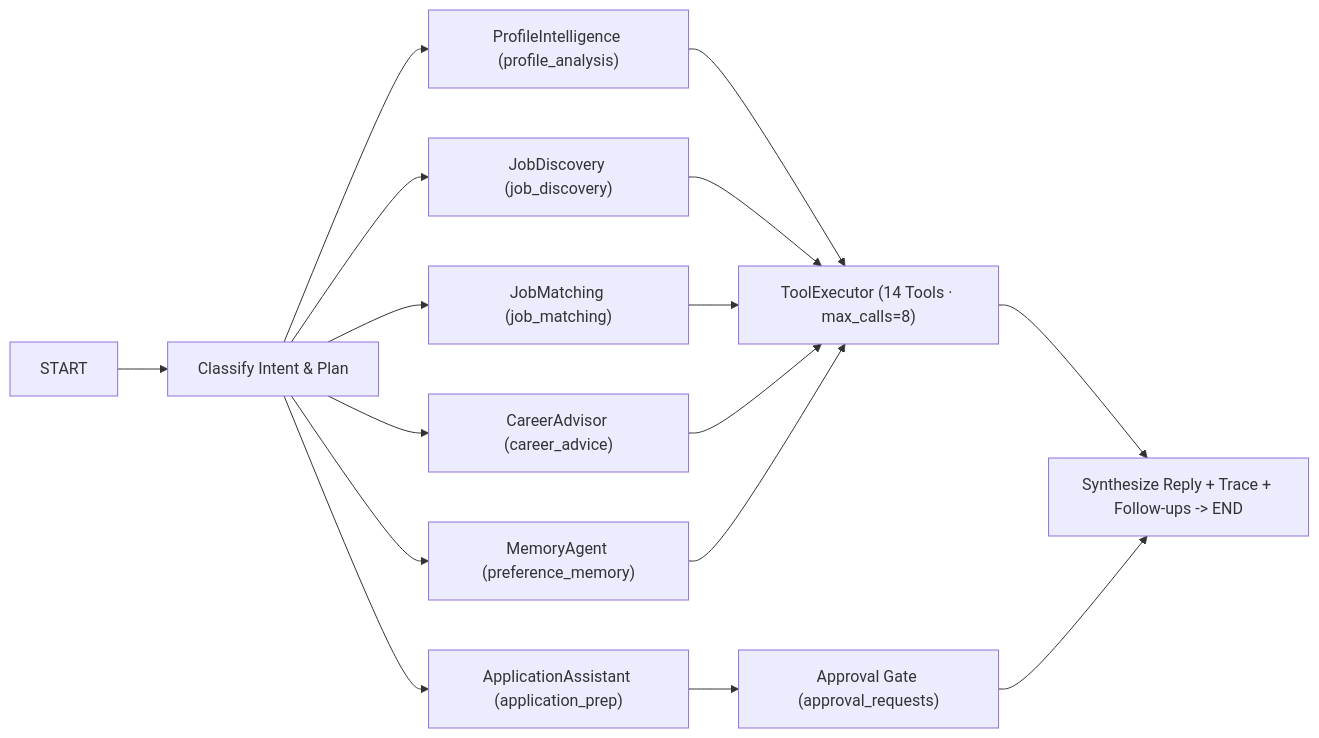
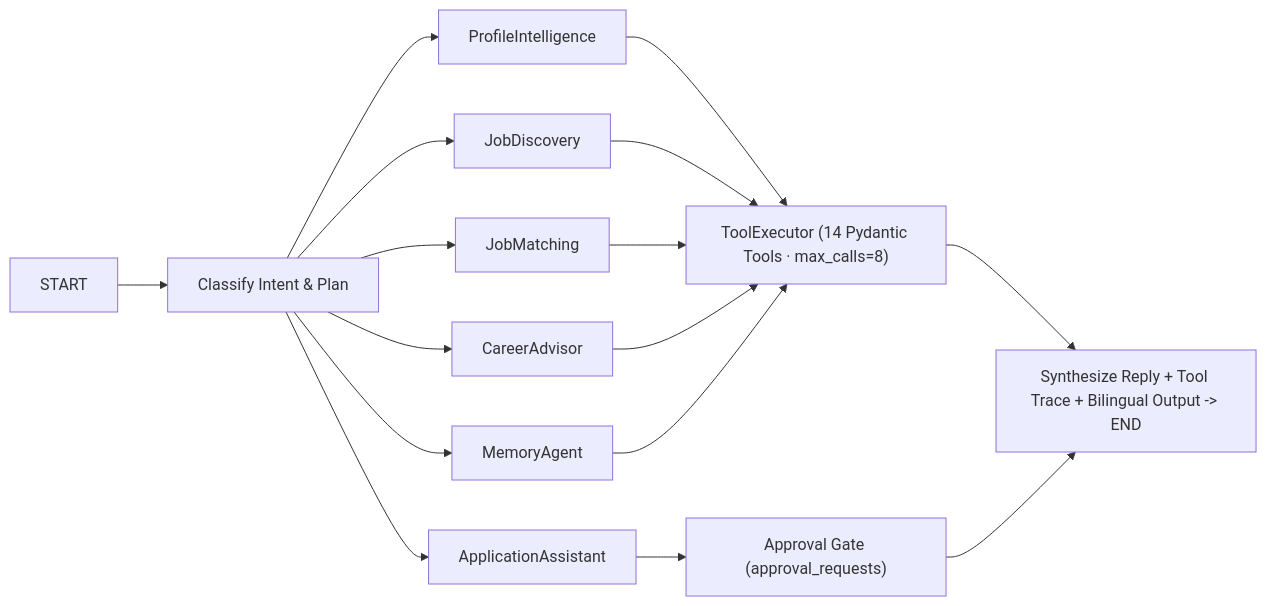
One commit to souvik082003/Medo changed the fourth of 4 diagrams in README.md. Above: the diagram before and after it, drawn with Mermaid. The commit also changed other lines of this file and 6 other files, not shown here.

````diff
--- a/README.md
+++ b/README.md
@@ -225,13 +210,13 @@
 ```mermaid
 flowchart LR
   ST["START"] --> CL["Classify Intent & Plan"]
-  CL --> P1["ProfileIntelligence (profile_analysis)"]
-  CL --> P2["JobDiscovery (job_discovery)"]
-  CL --> P3["JobMatching (job_matching)"]
-  CL --> P4["CareerAdvisor (career_advice)"]
-  CL --> P5["ApplicationAssistant (application_prep)"]
-  CL --> P6["MemoryAgent (preference_memory)"]
-  P1 & P2 & P3 & P4 & P6 --> TE["ToolExecutor (14 Tools · max_calls=8)"]
+  CL --> P1["ProfileIntelligence"]
+  CL --> P2["JobDiscovery"]
+  CL --> P3["JobMatching"]
+  CL --> P4["CareerAdvisor"]
+  CL --> P5["ApplicationAssistant"]
+  CL --> P6["MemoryAgent"]
+  P1 & P2 & P3 & P4 & P6 --> TE["ToolExecutor (14 Pydantic Tools · max_calls=8)"]
   P5 --> HG["Approval Gate (approval_requests)"]
-  TE & HG --> EN["Synthesize Reply + Trace + Follow-ups -> END"]
+  TE & HG --> EN["Synthesize Reply + Tool Trace + Bilingual Output -> END"]
 ```
````
